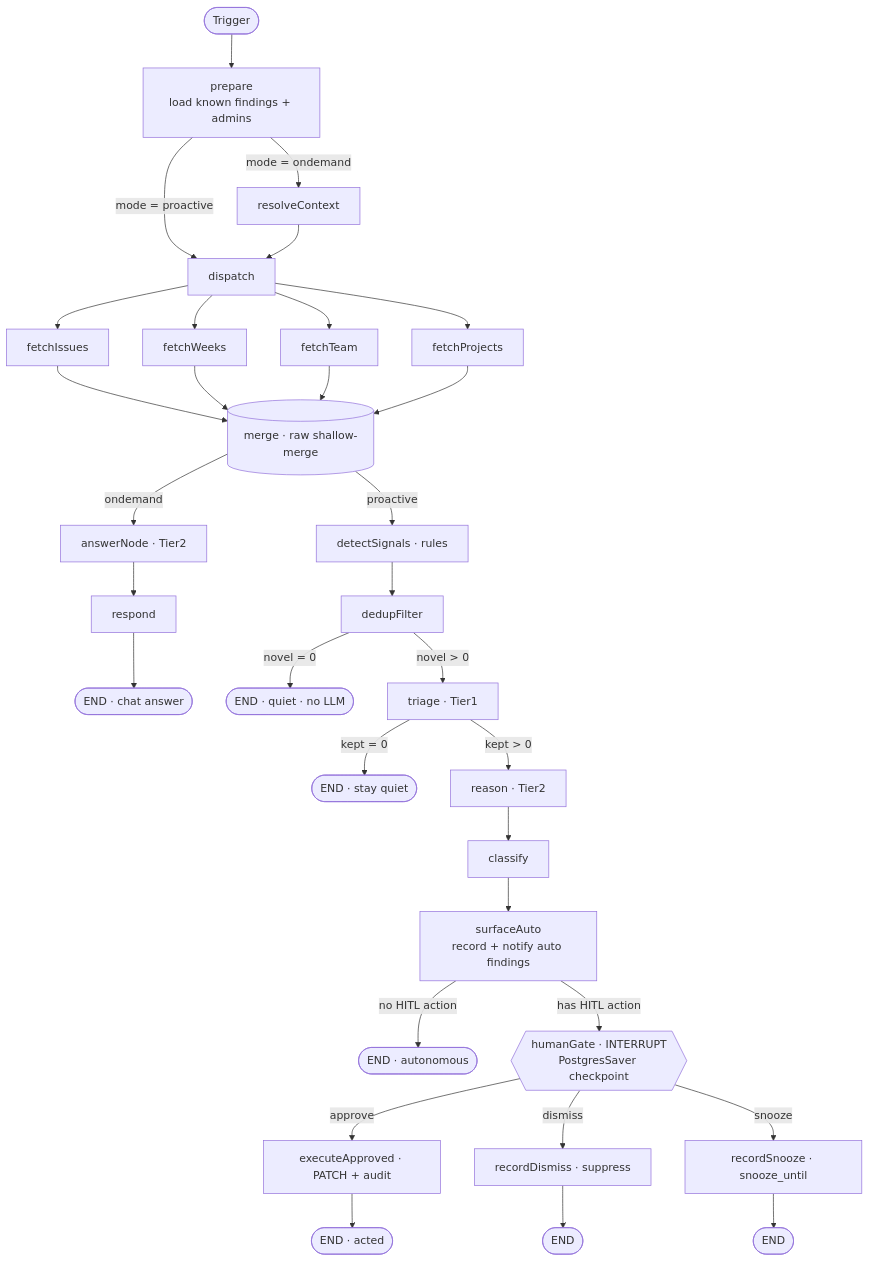
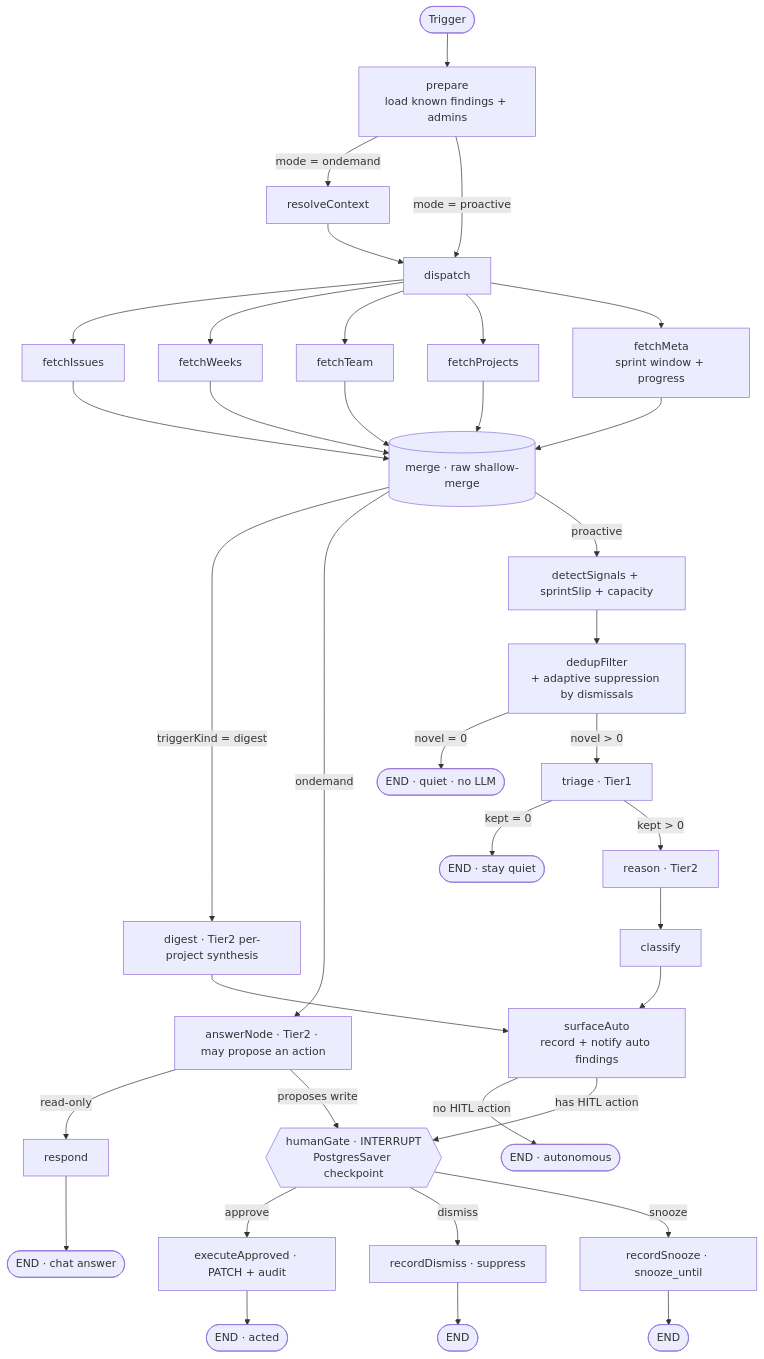
The diagram in FLEETGRAPH.md (cxk280/ship), drawn with Mermaid before and after one commit. The commit also changed other lines of this file, not shown here.

Commit message:
FleetGraph: document stretch capabilities in FLEETGRAPH.md
Use Cases: add sprint-slip, capacity overload (HITL reassign), on-demand chat
actions, daily project digest, and adaptive suppression. Graph diagram: add the
fetchMeta node, the digest path, the on-demand action branch, and dedup-level
suppression. Note the `pnpm fleetgraph:eval` harness.

````diff
--- a/FLEETGRAPH.md
+++ b/FLEETGRAPH.md
@@ -66,33 +66,38 @@
 ```mermaid
 flowchart TD
   START([Trigger]) --> P[prepare<br/>load known findings + admins]
   P -->|mode = ondemand| RC[resolveContext]
   P -->|mode = proactive| D[dispatch]
   RC --> D
 
   D --> FI[fetchIssues]
   D --> FW[fetchWeeks]
   D --> FT[fetchTeam]
   D --> FP[fetchProjects]
+  D --> FM[fetchMeta<br/>sprint window + progress]
   FI --> M[(merge · raw shallow-merge)]
   FW --> M
   FT --> M
   FP --> M
+  FM --> M
 
-  M -->|ondemand| AN[answerNode · Tier2]
-  M -->|proactive| DET[detectSignals · rules]
-  AN --> RSP[respond] --> E0([END · chat answer])
+  M -->|triggerKind = digest| DG[digest · Tier2 per-project synthesis]
+  M -->|ondemand| AN[answerNode · Tier2 · may propose an action]
+  M -->|proactive| DET[detectSignals + sprintSlip + capacity]
+  DG --> SA
+  AN -->|read-only| RSP[respond] --> E0([END · chat answer])
+  AN -->|proposes write| HG
 
-  DET --> DD[dedupFilter]
+  DET --> DD[dedupFilter<br/>+ adaptive suppression by dismissals]
   DD -->|novel = 0| E1([END · quiet · no LLM])
   DD -->|novel > 0| TR[triage · Tier1]
   TR -->|kept = 0| E2([END · stay quiet])
   TR -->|kept > 0| RE[reason · Tier2]
   RE --> CL[classify]
   CL --> SA[surfaceAuto<br/>record + notify auto findings]
   SA -->|no HITL action| E3([END · autonomous])
   SA -->|has HITL action| HG{{humanGate · INTERRUPT<br/>PostgresSaver checkpoint}}
   HG -->|approve| EX[executeApproved · PATCH + audit] --> E4([END · acted])
   HG -->|dismiss| RDis[recordDismiss · suppress] --> E5([END])
   HG -->|snooze| RSnz[recordSnooze · snooze_until] --> E6([END])
 ```
````
